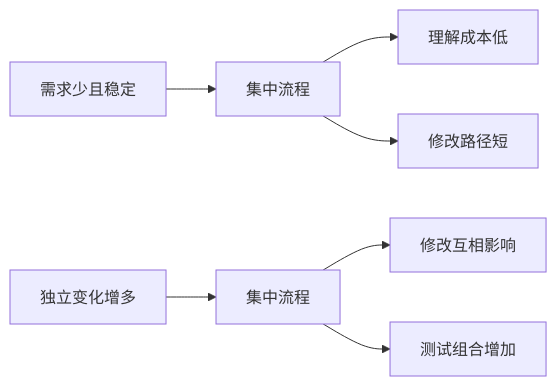
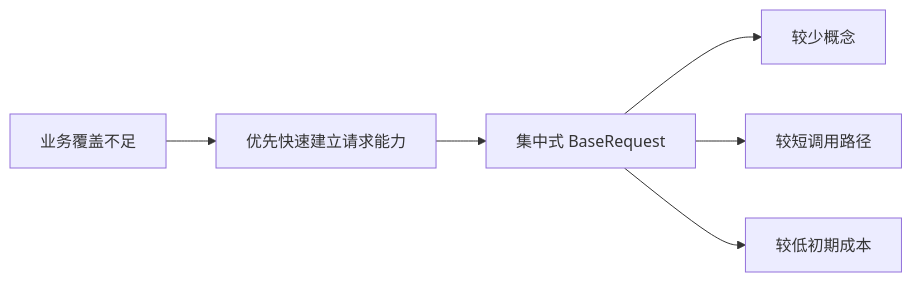
One commit to wjy801/llm_api_case changed the fourth of 20 diagrams in course/DAY01_EVOLUTION_PROBLEM_MAP.md. Above: the diagram before and after it, drawn with Mermaid. The commit also changed other lines of this file, not shown here.

````diff
--- a/course/DAY01_EVOLUTION_PROBLEM_MAP.md
+++ b/course/DAY01_EVOLUTION_PROBLEM_MAP.md
@@ -148,9 +122,8 @@
 ```mermaid
 flowchart LR
-    A[需求少且稳定] --> B[集中流程]
-    B --> C[理解成本低]
-    B --> D[修改路径短]
-    E[独立变化增多] --> F[集中流程]
-    F --> G[修改互相影响]
-    F --> H[测试组合增加]
+    A["业务覆盖不足"] --> B["优先快速建立请求能力"]
+    B --> C["集中式 BaseRequest"]
+    C --> D["较少概念"]
+    C --> E["较短调用路径"]
+    C --> F["较低初期成本"]
 ```
````
